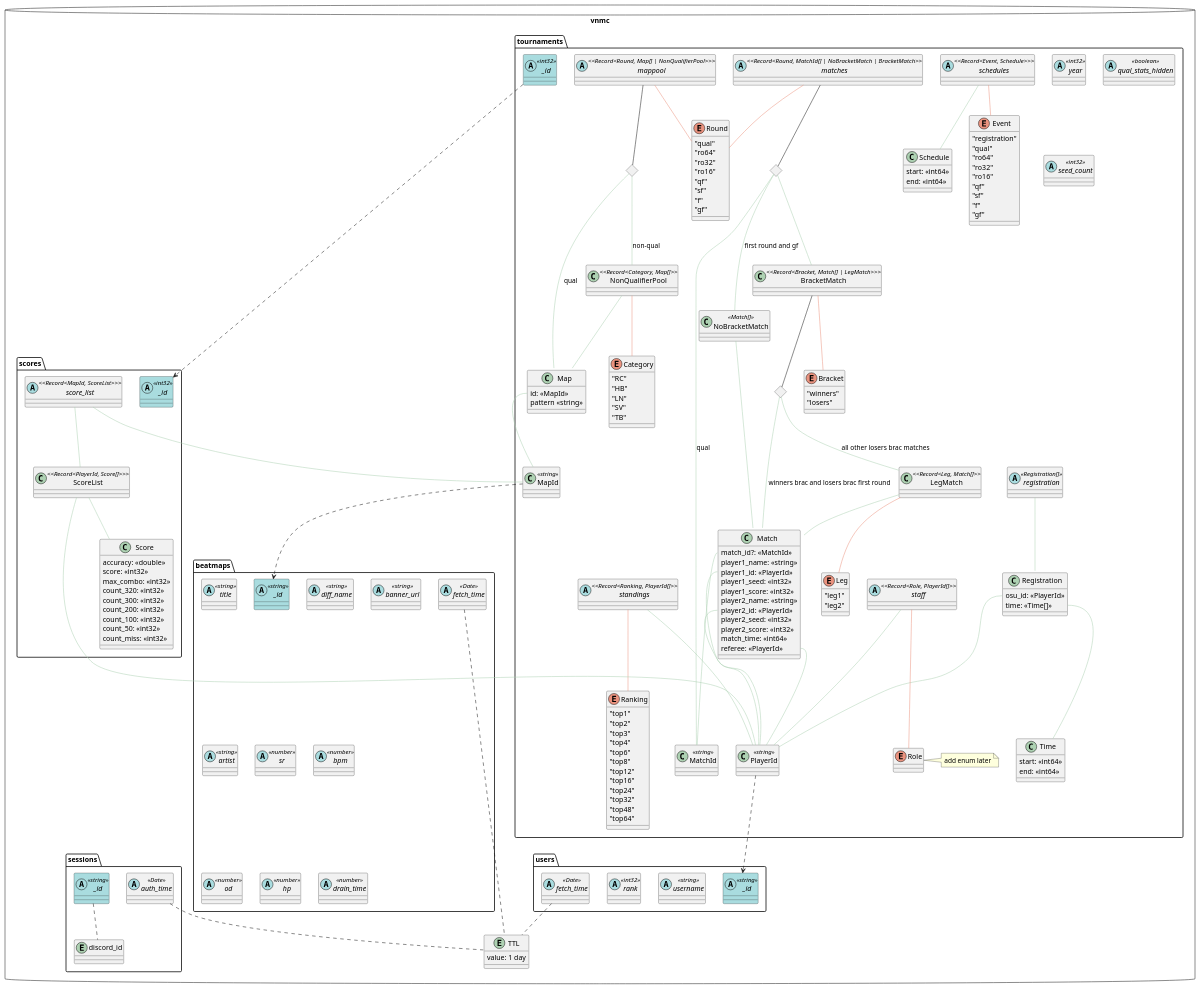
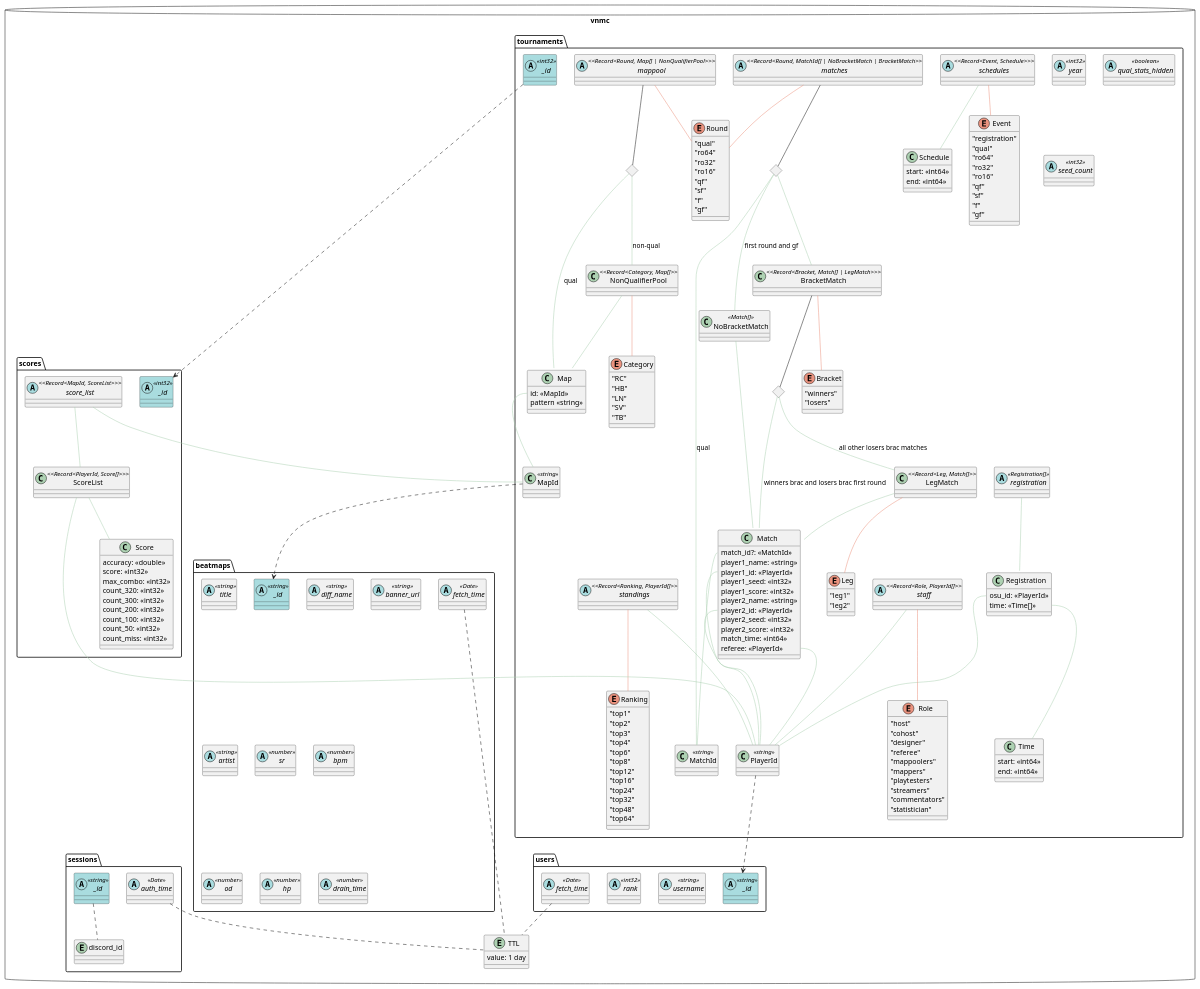
Before and after one commit to vnmc-ecosystem/vnmc-designs: the diagram in bot-db-schema/schema.puml, drawn with PlantUML. The commit also changed 1 other file, not shown here.

Commit message:
feat(schema + api spec): `staff` enums

```diff
--- a/bot-db-schema/schema.puml
+++ b/bot-db-schema/schema.puml
@@ -33,8 +33,18 @@
 		}
 
 		abstract staff <<Record<Role, PlayerId[]>>
-		enum Role
-		note right of Role : add enum later
+		enum Role {
+			"host"
+			"cohost"
+			"designer"
+			"referee"
+			"mappoolers"
+			"mappers"
+			"playtesters"
+			"streamers"
+			"commentators"
+			"statistician"
+		}
 
 		abstract mappool <<Record<Round, Map[] | NonQualifierPool>>>
 		class Map {
```
